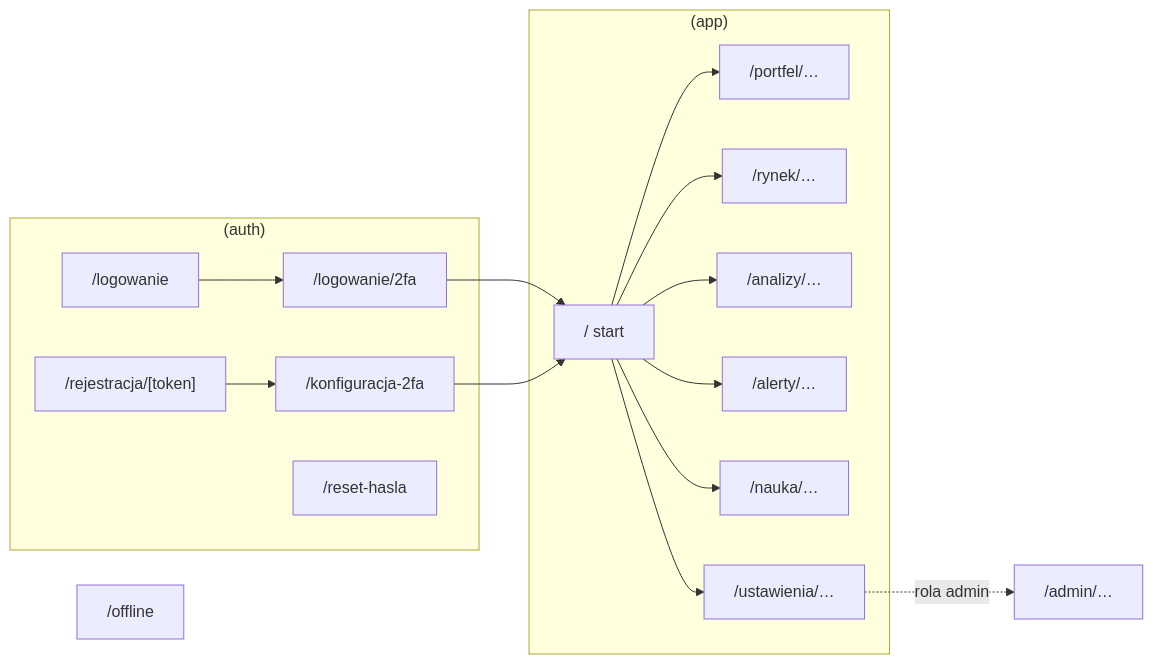
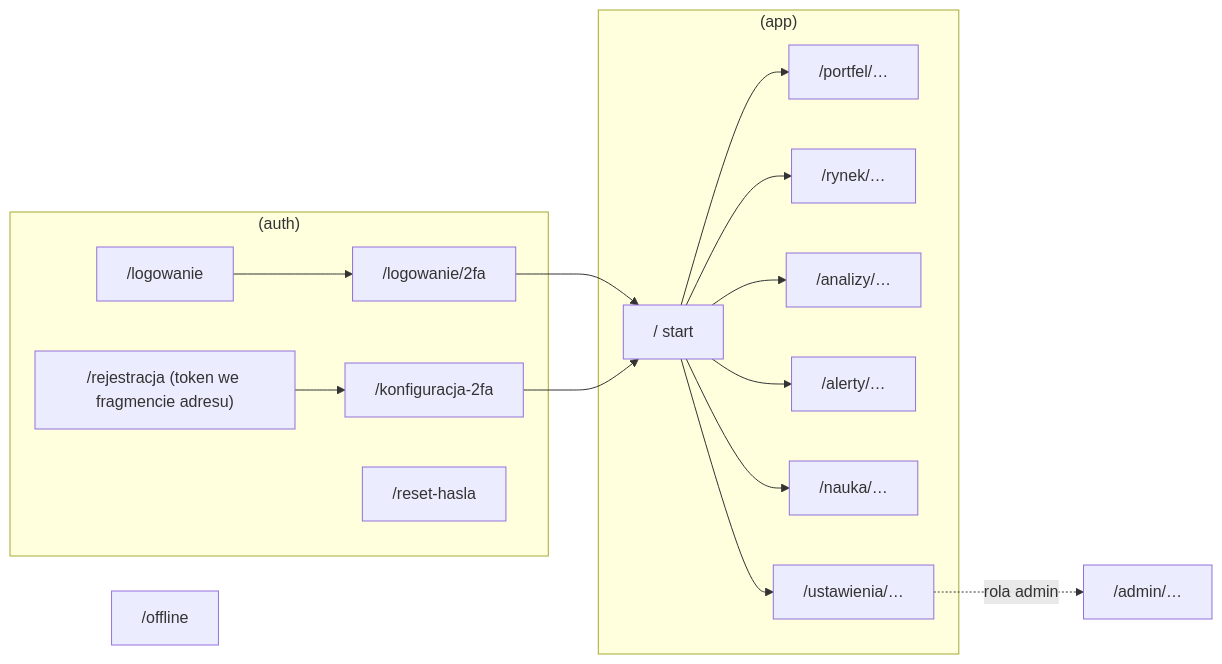
Before and after one commit to Ipper18/OligInvest: the diagram in docs/04-frontend/mapa-ekranow.md, drawn with Mermaid. The commit also changed other lines of this file and 26 other files, not shown here.

````diff
--- a/docs/04-frontend/mapa-ekranow.md
+++ b/docs/04-frontend/mapa-ekranow.md
@@ -11,23 +11,23 @@
 ```mermaid
 flowchart LR
   subgraph AUTH["(auth)"]
     L["/logowanie"] --> L2["/logowanie/2fa"]
-    R["/rejestracja/[token]"] --> K["/konfiguracja-2fa"]
+    R["/rejestracja (token we fragmencie adresu)"] --> K["/konfiguracja-2fa"]
     RH["/reset-hasla"]
   end
   subgraph APP["(app)"]
     S["/ start"]
     P["/portfel/…"]
     M["/rynek/…"]
     A["/analizy/…"]
     AL["/alerty/…"]
     N["/nauka/…"]
     U["/ustawienia/…"]
   end
   ADM["/admin/…"]
   OFF["/offline"]
   L2 --> S
   K --> S
   S --> P & M & A & AL & N & U
   U -. "rola admin" .-> ADM
 ```
````
